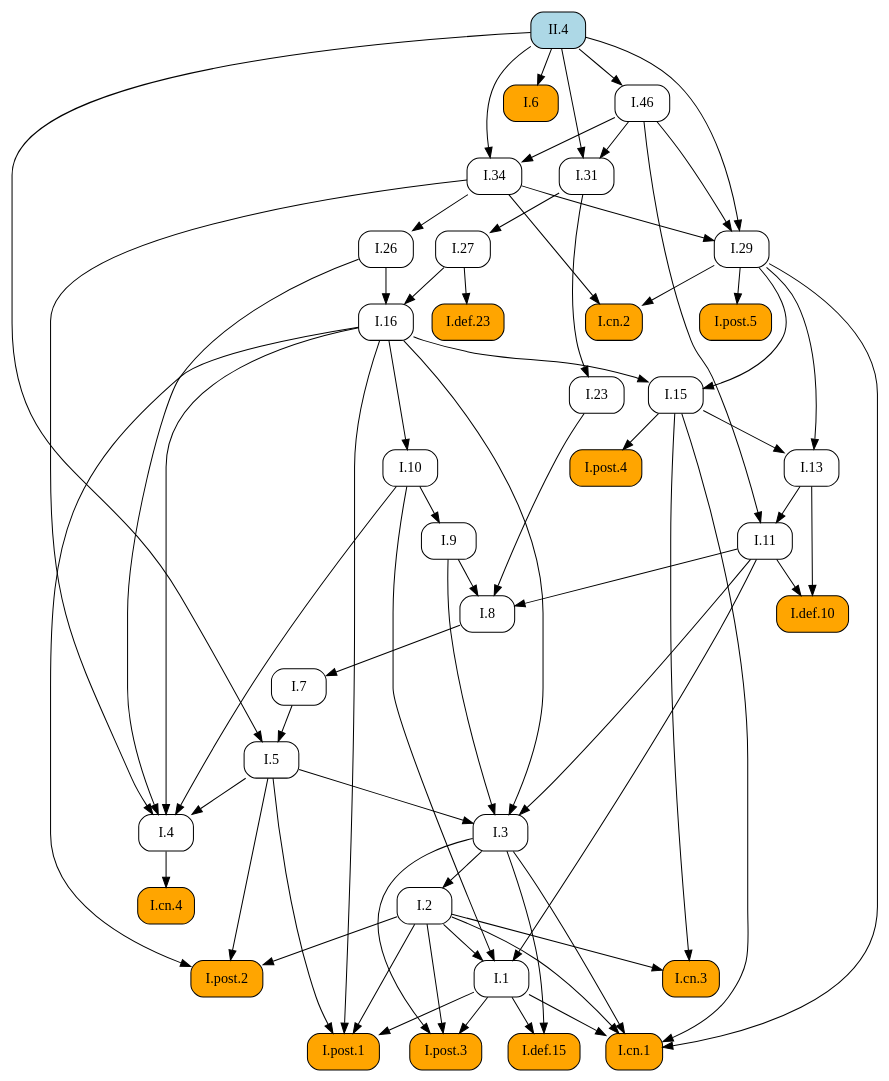
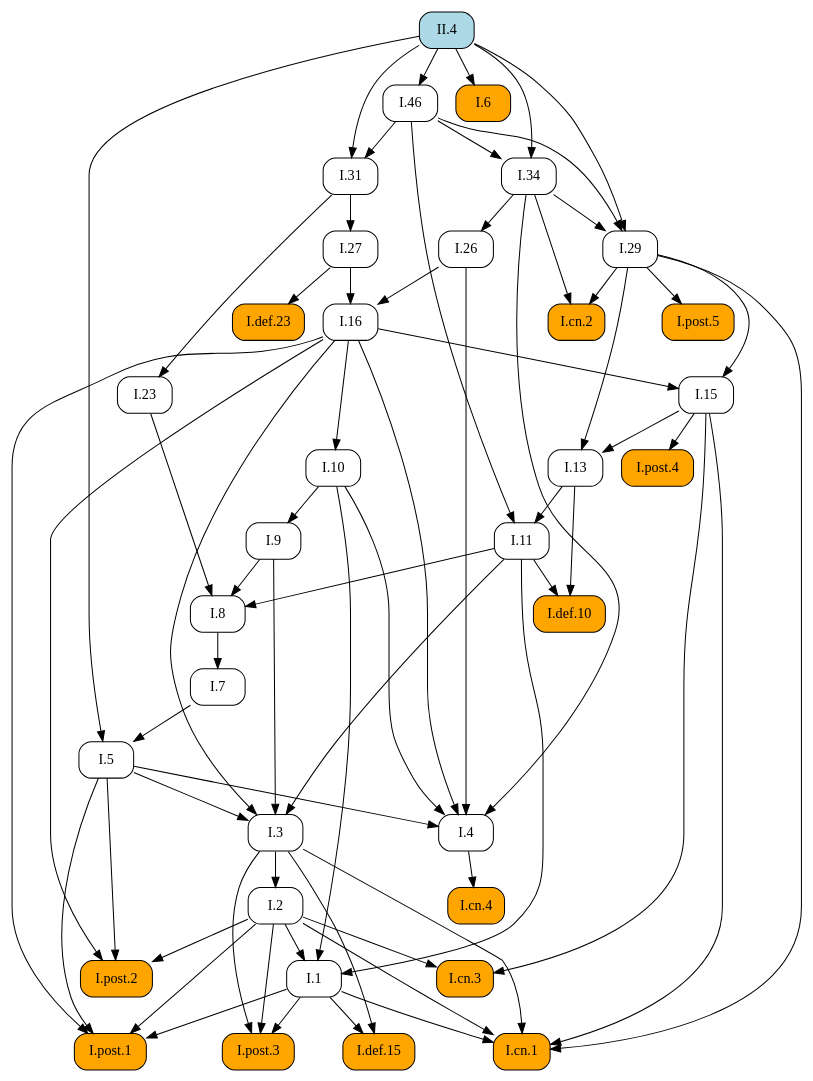
The diagram in docsrc/elements2/II/4/index.rst (geometor/elements), drawn with Graphviz before and after one commit. The commit also changed other lines of this file and 171 other files, not shown here.

```diff
--- a/docsrc/elements2/II/4/index.rst
+++ b/docsrc/elements2/II/4/index.rst
@@ -113,106 +113,106 @@
    digraph {
      rankdir="TB";
      node [shape=box, style=rounded];
+     "I.8" [URL="/elements2/I/8/", target="_top"];
+     "I.46" [URL="/elements2/I/46/", target="_top"];
+     "I.post.1" [style="rounded,filled", fillcolor=orange, URL="/elements2/I/post.1/", target="_top"];
+     "I.5" [URL="/elements2/I/5/", target="_top"];
+     "I.post.5" [style="rounded,filled", fillcolor=orange, URL="/elements2/I/post.5/", target="_top"];
      "I.def.10" [style="rounded,filled", fillcolor=orange, URL="/elements2/I/def.10/", target="_top"];
-     "I.46" [URL="/elements2/I/46/", target="_top"];
+     "I.cn.2" [style="rounded,filled", fillcolor=orange, URL="/elements2/I/cn.2/", target="_top"];
+     "I.def.15" [style="rounded,filled", fillcolor=orange, URL="/elements2/I/def.15/", target="_top"];
+     "I.31" [URL="/elements2/I/31/", target="_top"];
+     "I.11" [URL="/elements2/I/11/", target="_top"];
+     "II.4" [style="rounded,filled", fillcolor=lightblue, URL="/elements2/II/4/", target="_top"];
+     "I.3" [URL="/elements2/I/3/", target="_top"];
+     "I.post.2" [style="rounded,filled", fillcolor=orange, URL="/elements2/I/post.2/", target="_top"];
+     "I.def.23" [style="rounded,filled", fillcolor=orange, URL="/elements2/I/def.23/", target="_top"];
+     "I.6" [style="rounded,filled", fillcolor=orange, URL="/elements2/I/6/", target="_top"];
+     "I.26" [URL="/elements2/I/26/", target="_top"];
+     "I.cn.3" [style="rounded,filled", fillcolor=orange, URL="/elements2/I/cn.3/", target="_top"];
+     "I.cn.4" [style="rounded,filled", fillcolor=orange, URL="/elements2/I/cn.4/", target="_top"];
+     "I.1" [URL="/elements2/I/1/", target="_top"];
+     "I.7" [URL="/elements2/I/7/", target="_top"];
+     "I.9" [URL="/elements2/I/9/", target="_top"];
+     "I.cn.1" [style="rounded,filled", fillcolor=orange, URL="/elements2/I/cn.1/", target="_top"];
+     "I.29" [URL="/elements2/I/29/", target="_top"];
+     "I.post.4" [style="rounded,filled", fillcolor=orange, URL="/elements2/I/post.4/", target="_top"];
+     "I.16" [URL="/elements2/I/16/", target="_top"];
+     "I.13" [URL="/elements2/I/13/", target="_top"];
+     "I.2" [URL="/elements2/I/2/", target="_top"];
+     "I.27" [URL="/elements2/I/27/", target="_top"];
+     "I.4" [URL="/elements2/I/4/", target="_top"];
+     "I.10" [URL="/elements2/I/10/", target="_top"];
+     "I.15" [URL="/elements2/I/15/", target="_top"];
      "I.34" [URL="/elements2/I/34/", target="_top"];
-     "I.cn.4" [style="rounded,filled", fillcolor=orange, URL="/elements2/I/cn.4/", target="_top"];
-     "I.def.15" [style="rounded,filled", fillcolor=orange, URL="/elements2/I/def.15/", target="_top"];
+     "I.23" [URL="/elements2/I/23/", target="_top"];
      "I.post.3" [style="rounded,filled", fillcolor=orange, URL="/elements2/I/post.3/", target="_top"];
-     "I.27" [URL="/elements2/I/27/", target="_top"];
-     "I.post.2" [style="rounded,filled", fillcolor=orange, URL="/elements2/I/post.2/", target="_top"];
-     "I.13" [URL="/elements2/I/13/", target="_top"];
-     "I.10" [URL="/elements2/I/10/", target="_top"];
-     "I.post.1" [style="rounded,filled", fillcolor=orange, URL="/elements2/I/post.1/", target="_top"];
-     "I.7" [URL="/elements2/I/7/", target="_top"];
-     "I.6" [style="rounded,filled", fillcolor=orange, URL="/elements2/I/6/", target="_top"];
-     "I.11" [URL="/elements2/I/11/", target="_top"];
-     "I.4" [URL="/elements2/I/4/", target="_top"];
-     "I.16" [URL="/elements2/I/16/", target="_top"];
-     "I.def.23" [style="rounded,filled", fillcolor=orange, URL="/elements2/I/def.23/", target="_top"];
-     "I.9" [URL="/elements2/I/9/", target="_top"];
-     "I.8" [URL="/elements2/I/8/", target="_top"];
-     "I.cn.2" [style="rounded,filled", fillcolor=orange, URL="/elements2/I/cn.2/", target="_top"];
-     "I.15" [URL="/elements2/I/15/", target="_top"];
-     "I.post.5" [style="rounded,filled", fillcolor=orange, URL="/elements2/I/post.5/", target="_top"];
-     "I.23" [URL="/elements2/I/23/", target="_top"];
-     "I.26" [URL="/elements2/I/26/", target="_top"];
-     "I.2" [URL="/elements2/I/2/", target="_top"];
-     "I.1" [URL="/elements2/I/1/", target="_top"];
-     "II.4" [style="rounded,filled", fillcolor=lightblue, URL="/elements2/II/4/", target="_top"];
-     "I.31" [URL="/elements2/I/31/", target="_top"];
-     "I.post.4" [style="rounded,filled", fillcolor=orange, URL="/elements2/I/post.4/", target="_top"];
-     "I.cn.1" [style="rounded,filled", fillcolor=orange, URL="/elements2/I/cn.1/", target="_top"];
-     "I.3" [URL="/elements2/I/3/", target="_top"];
-     "I.cn.3" [style="rounded,filled", fillcolor=orange, URL="/elements2/I/cn.3/", target="_top"];
-     "I.29" [URL="/elements2/I/29/", target="_top"];
-     "I.5" [URL="/elements2/I/5/", target="_top"];
-     "I.11" -> "I.def.10";
-     "I.13" -> "I.def.10";
+     "I.9" -> "I.8";
+     "I.11" -> "I.8";
+     "I.23" -> "I.8";
      "II.4" -> "I.46";
-     "I.46" -> "I.34";
-     "II.4" -> "I.34";
-     "I.4" -> "I.cn.4";
-     "I.1" -> "I.def.15";
-     "I.3" -> "I.def.15";
-     "I.1" -> "I.post.3";
-     "I.2" -> "I.post.3";
-     "I.3" -> "I.post.3";
-     "I.31" -> "I.27";
-     "I.2" -> "I.post.2";
-     "I.5" -> "I.post.2";
-     "I.16" -> "I.post.2";
-     "I.15" -> "I.13";
-     "I.29" -> "I.13";
-     "I.16" -> "I.10";
      "I.1" -> "I.post.1";
      "I.2" -> "I.post.1";
      "I.5" -> "I.post.1";
      "I.16" -> "I.post.1";
-     "I.8" -> "I.7";
-     "II.4" -> "I.6";
+     "I.7" -> "I.5";
+     "II.4" -> "I.5";
+     "I.29" -> "I.post.5";
+     "I.11" -> "I.def.10";
+     "I.13" -> "I.def.10";
+     "I.29" -> "I.cn.2";
+     "I.34" -> "I.cn.2";
+     "I.1" -> "I.def.15";
+     "I.3" -> "I.def.15";
+     "I.46" -> "I.31";
+     "II.4" -> "I.31";
      "I.13" -> "I.11";
      "I.46" -> "I.11";
+     "I.5" -> "I.3";
+     "I.9" -> "I.3";
+     "I.11" -> "I.3";
+     "I.16" -> "I.3";
+     "I.2" -> "I.post.2";
+     "I.5" -> "I.post.2";
+     "I.16" -> "I.post.2";
+     "I.27" -> "I.def.23";
+     "II.4" -> "I.6";
+     "I.34" -> "I.26";
+     "I.2" -> "I.cn.3";
+     "I.15" -> "I.cn.3";
+     "I.4" -> "I.cn.4";
+     "I.2" -> "I.1";
+     "I.10" -> "I.1";
+     "I.11" -> "I.1";
+     "I.8" -> "I.7";
+     "I.10" -> "I.9";
+     "I.1" -> "I.cn.1";
+     "I.2" -> "I.cn.1";
+     "I.3" -> "I.cn.1";
+     "I.15" -> "I.cn.1";
+     "I.29" -> "I.cn.1";
+     "I.34" -> "I.29";
+     "I.46" -> "I.29";
+     "II.4" -> "I.29";
+     "I.15" -> "I.post.4";
+     "I.26" -> "I.16";
+     "I.27" -> "I.16";
+     "I.15" -> "I.13";
+     "I.29" -> "I.13";
+     "I.3" -> "I.2";
+     "I.31" -> "I.27";
      "I.5" -> "I.4";
      "I.10" -> "I.4";
      "I.16" -> "I.4";
      "I.26" -> "I.4";
      "I.34" -> "I.4";
-     "I.26" -> "I.16";
-     "I.27" -> "I.16";
-     "I.27" -> "I.def.23";
-     "I.10" -> "I.9";
-     "I.9" -> "I.8";
-     "I.11" -> "I.8";
-     "I.23" -> "I.8";
-     "I.29" -> "I.cn.2";
-     "I.34" -> "I.cn.2";
+     "I.16" -> "I.10";
      "I.16" -> "I.15";
      "I.29" -> "I.15";
-     "I.29" -> "I.post.5";
+     "I.46" -> "I.34";
+     "II.4" -> "I.34";
      "I.31" -> "I.23";
-     "I.34" -> "I.26";
-     "I.3" -> "I.2";
-     "I.2" -> "I.1";
-     "I.10" -> "I.1";
-     "I.11" -> "I.1";
-     "I.46" -> "I.31";
-     "II.4" -> "I.31";
-     "I.15" -> "I.post.4";
-     "I.1" -> "I.cn.1";
-     "I.2" -> "I.cn.1";
-     "I.3" -> "I.cn.1";
-     "I.15" -> "I.cn.1";
-     "I.29" -> "I.cn.1";
-     "I.5" -> "I.3";
-     "I.9" -> "I.3";
-     "I.11" -> "I.3";
-     "I.16" -> "I.3";
-     "I.2" -> "I.cn.3";
-     "I.15" -> "I.cn.3";
-     "I.34" -> "I.29";
-     "I.46" -> "I.29";
-     "II.4" -> "I.29";
-     "I.7" -> "I.5";
-     "II.4" -> "I.5";
+     "I.1" -> "I.post.3";
+     "I.2" -> "I.post.3";
+     "I.3" -> "I.post.3";
    }
```
